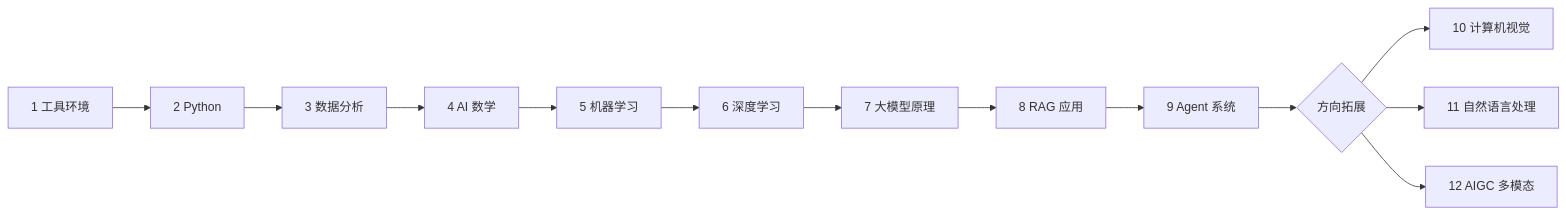
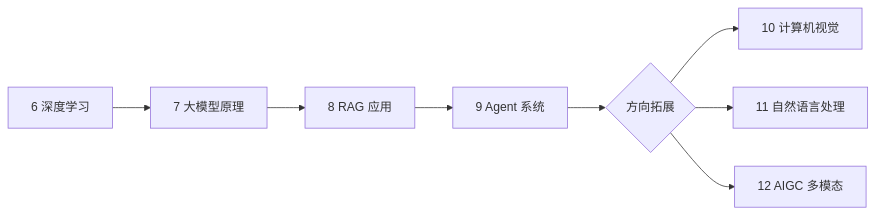
The second of 2 diagrams in README.md (oudbiao/AI-fullstack-course), drawn with Mermaid before and after one commit. The commit also changed other lines of this file and 139 other files, not shown here.

````diff
--- a/README.md
+++ b/README.md
@@ -29,15 +42,10 @@
 ```mermaid
 flowchart LR
-  A[1 工具环境] --> B[2 Python]
-  B --> C[3 数据分析]
-  C --> D[4 AI 数学]
-  D --> E[5 机器学习]
-  E --> F[6 深度学习]
-  F --> G[7 大模型原理]
+  F[6 深度学习] --> G[7 大模型原理]
   G --> H[8 RAG 应用]
   H --> I[9 Agent 系统]
   I --> J{方向拓展}
   J --> K[10 计算机视觉]
   J --> L[11 自然语言处理]
   J --> M[12 AIGC 多模态]
 ```
````
